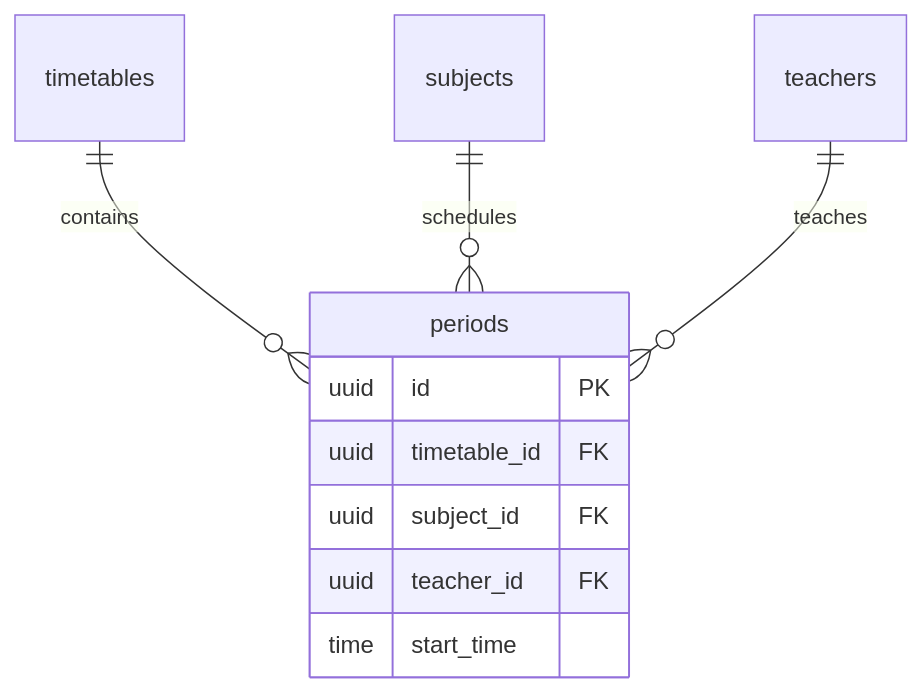
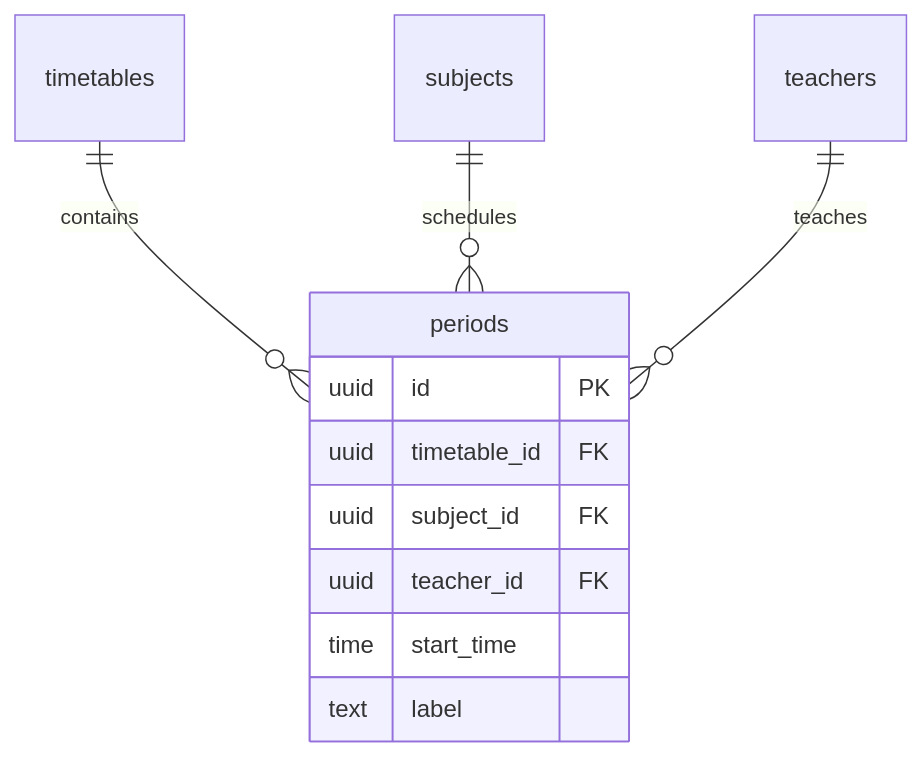
Diagram 22 of 45 in docs/backend/Database.md (rahmat058/school-flow-ai), drawn with Mermaid before and after one commit. The commit also changed other lines of this file and 19 other files, not shown here.

````diff
--- a/docs/backend/Database.md
+++ b/docs/backend/Database.md
@@ -902,13 +908,14 @@
 ```mermaid
 erDiagram
   timetables ||--o{ periods : "contains"
   subjects ||--o{ periods : "schedules"
   teachers ||--o{ periods : "teaches"
   periods {
     uuid id PK
     uuid timetable_id FK
     uuid subject_id FK
     uuid teacher_id FK
     time start_time
+    text label
   }
 ```
````
